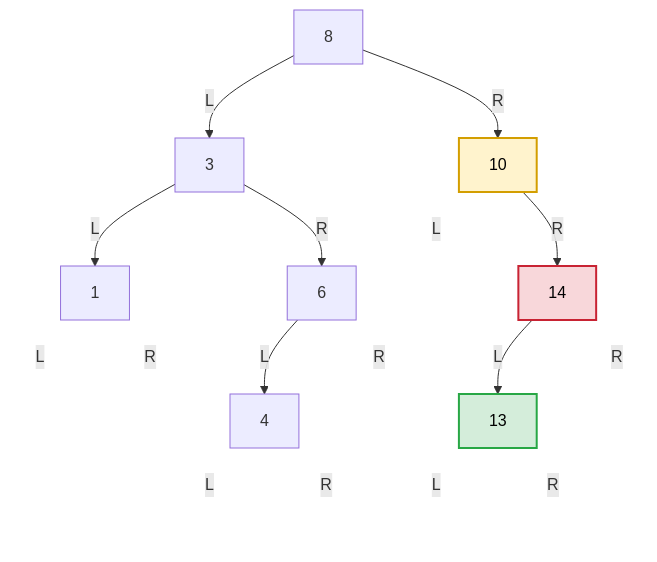
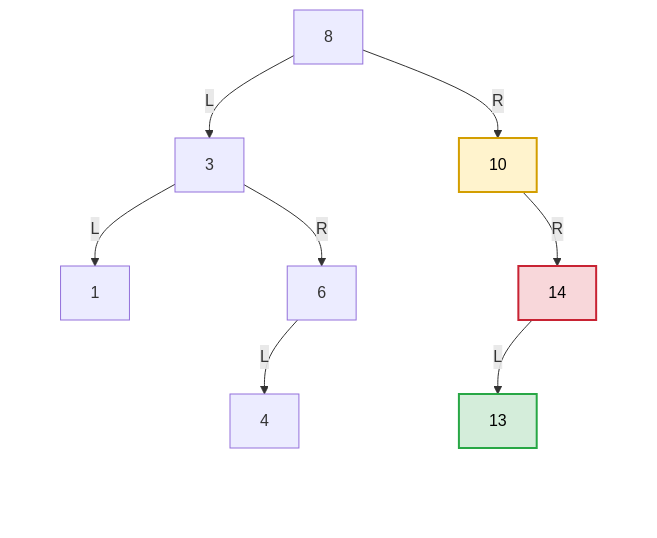
The tenth of 19 diagrams in knowledge/linux/data_structures/红黑树_rb-tree/P22_BST删除与子树回接.md (FormingSystem/linux_note), drawn with Mermaid before and after one commit. The commit also changed other lines of this file and 3 other files, not shown here.

````diff
--- a/knowledge/linux/data_structures/红黑树_rb-tree/P22_BST删除与子树回接.md
+++ b/knowledge/linux/data_structures/红黑树_rb-tree/P22_BST删除与子树回接.md
@@ -724,70 +730,70 @@
 ```mermaid
 graph TD
 		A["8"]
 
 		B["3"]
 		C["10"]
 
 		D["1"]
 		E["6"]
 		C_L[" "]
 		F["14"]
 
 		D_L[" "]
 		D_R[" "]
 		G["4"]
 		E_R[" "]
 		H["13"]
 		F_R[" "]
 
 		G_L[" "]
 		G_R[" "]
 		H_L[" "]
 		H_R[" "]
 
 	A -->|L| B
 	A -->|R| C
 
 	B -->|L| D
 	B -->|R| E
 
-	C -->|L| C_L
+	C --> C_L
 	C -->|R| F
 
-	D -->|L| D_L
-	D -->|R| D_R
+	D --> D_L
+	D --> D_R
 
 	E -->|L| G
-	E -->|R| E_R
+	E --> E_R
 
 	F -->|L| H
-	F -->|R| F_R
+	F --> F_R
 
-	G -->|L| G_L
-	G -->|R| G_R
+	G --> G_L
+	G --> G_R
 
-	H -->|L| H_L
-	H -->|R| H_R
+	H --> H_L
+	H --> H_R
 
 	classDef target fill:#f8d7da,stroke:#c82333,stroke-width:2px,color:#000;
 	classDef replace fill:#d4edda,stroke:#28a745,stroke-width:2px,color:#000;
 	classDef parent fill:#fff3cd,stroke:#d39e00,stroke-width:2px,color:#000;
 	classDef moved fill:#d1ecf1,stroke:#0c5460,stroke-width:2px,color:#000;
 	classDef ghost fill:transparent,stroke:transparent,color:transparent;
 
 	class C parent;
 	class F target;
 	class H replace;
 	class C_L,D_L,D_R,E_R,F_R,G_L,G_R,H_L,H_R ghost;
 
 
 	linkStyle 4 stroke:transparent;
 	linkStyle 6 stroke:transparent;
 	linkStyle 7 stroke:transparent;
 	linkStyle 9 stroke:transparent;
 	linkStyle 11 stroke:transparent;
 	linkStyle 12 stroke:transparent;
 	linkStyle 13 stroke:transparent;
 	linkStyle 14 stroke:transparent;
 	linkStyle 15 stroke:transparent;
 ```
````
